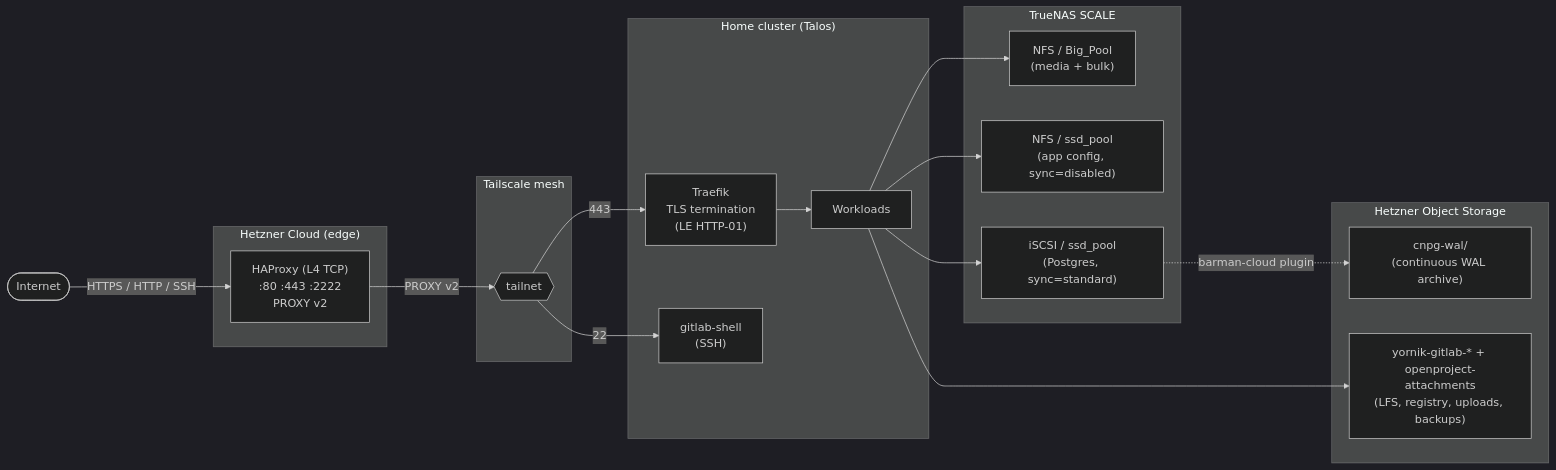
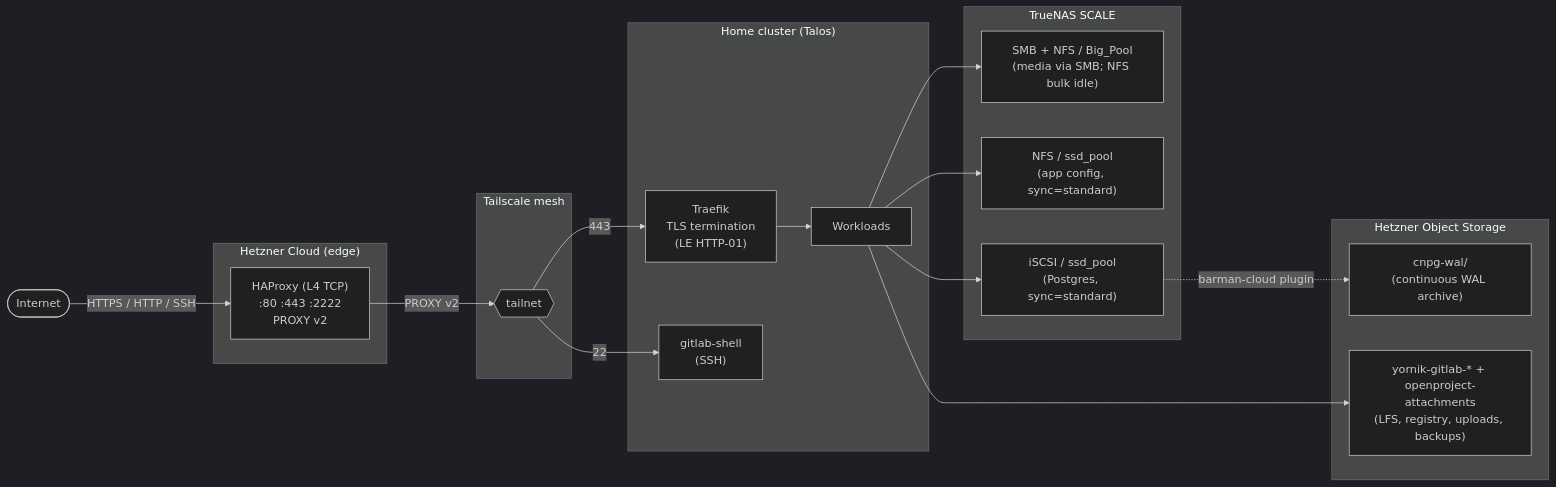
The diagram in README.md (Yornik/sharkshere-gitops), drawn with Mermaid (dark theme) before and after one commit. The commit also changed other lines of this file, not shown here.

Commit message:
docs: sync README with current storage, CI, and backup reality

````diff
--- a/README.md
+++ b/README.md
@@ -32,35 +32,35 @@
 ```mermaid
 flowchart LR
   Internet([Internet])
   subgraph Hetzner["Hetzner Cloud (edge)"]
     HAProxy["HAProxy (L4 TCP)<br/>:80 :443 :2222<br/>PROXY v2"]
   end
   subgraph TS["Tailscale mesh"]
     Mesh{{tailnet}}
   end
   subgraph Home["Home cluster (Talos)"]
     Traefik["Traefik<br/>TLS termination<br/>(LE HTTP-01)"]
     Apps[Workloads]
     GitlabShell["gitlab-shell<br/>(SSH)"]
   end
   subgraph NAS["TrueNAS SCALE"]
-    HDD["NFS / Big_Pool<br/>(media + bulk)"]
-    SSD_NFS["NFS / ssd_pool<br/>(app config, sync=disabled)"]
+    HDD["SMB + NFS / Big_Pool<br/>(media via SMB; NFS bulk idle)"]
+    SSD_NFS["NFS / ssd_pool<br/>(app config, sync=standard)"]
     SSD_iSCSI["iSCSI / ssd_pool<br/>(Postgres, sync=standard)"]
   end
   subgraph S3["Hetzner Object Storage"]
     WAL["cnpg-wal/<br/>(continuous WAL archive)"]
     Buckets["yornik-gitlab-* + openproject-attachments<br/>(LFS, registry, uploads, backups)"]
   end
 
   Internet -->|HTTPS / HTTP / SSH| HAProxy
   HAProxy -->|"PROXY v2"| Mesh
   Mesh -->|443| Traefik
   Mesh -->|22| GitlabShell
   Traefik --> Apps
   Apps --> HDD
   Apps --> SSD_NFS
   Apps --> SSD_iSCSI
   Apps --> Buckets
   SSD_iSCSI -.barman-cloud plugin.-> WAL
 ```
````
